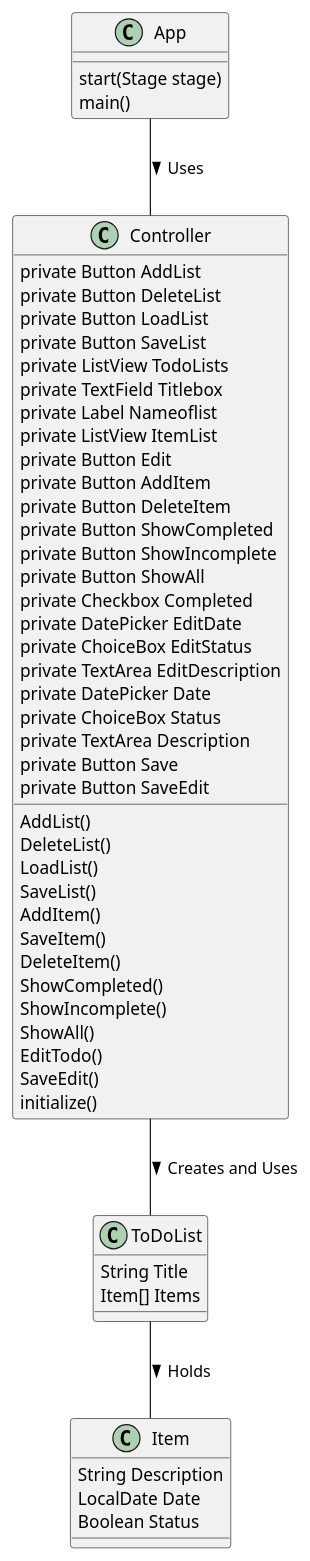
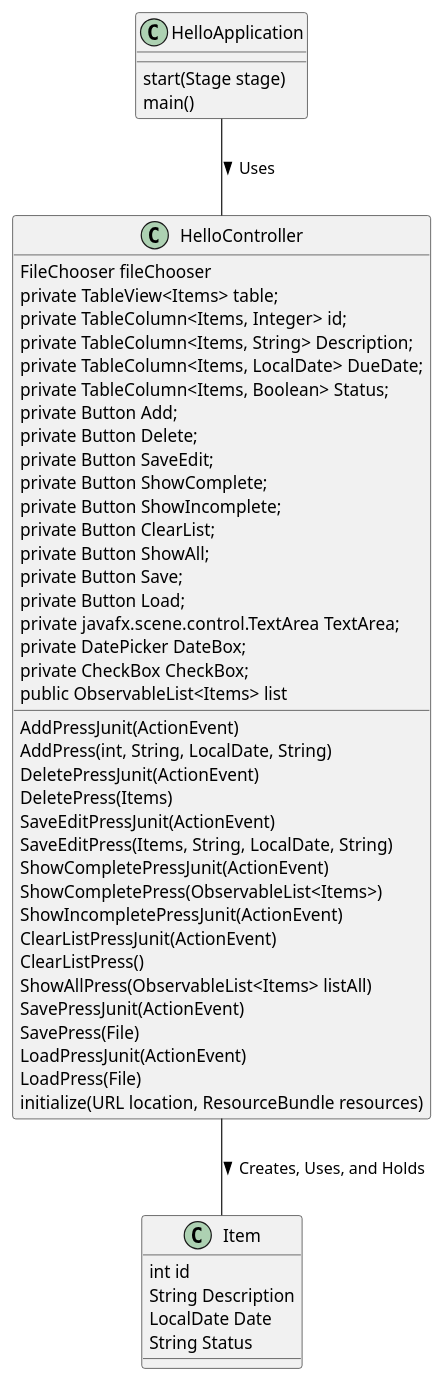
The diagram in src/main/java/com/example/stowellcop3330assignment4/UML Class Diagram.puml (Reese2as/Stowell-COP3330-Assignment4part2), drawn with PlantUML before and after one commit. The commit also changed 5 other files, not shown here.

```diff
--- a/src/main/java/com/example/stowellcop3330assignment4/UML Class Diagram.puml
+++ b/src/main/java/com/example/stowellcop3330assignment4/UML Class Diagram.puml
@@ -1,72 +1,65 @@
 @startuml
 /'
 UCF COP3330 Fall 2021 Assignment 4 Solution
 Copyright 2021 Reese Stowell
-
-Class HelloController will be renamed to Controller and
-Class HelloApp will be renamed to App in the UML I used what it WILL BE
 '/
-Class Controller
+Class HelloController
 {
-private Button AddList
-private Button DeleteList
-private Button LoadList
-private Button SaveList
-private ListView TodoLists
-private TextField Titlebox
-private Label Nameoflist
-private ListView ItemList
-private Button Edit
-private Button AddItem
-private Button DeleteItem
-private Button ShowCompleted
-private Button ShowIncomplete
-private Button ShowAll
-private Checkbox Completed
-private DatePicker EditDate
-private ChoiceBox EditStatus
-private TextArea EditDescription
-private DatePicker Date
-private ChoiceBox Status
-private TextArea Description
-private Button Save
-private Button SaveEdit
-AddList()
-DeleteList()
-LoadList()
-SaveList()
-AddItem()
-SaveItem()
-DeleteItem()
-ShowCompleted()
-ShowIncomplete()
-ShowAll()
-EditTodo()
-SaveEdit()
-initialize()
+FileChooser fileChooser
+private TableView<Items> table;
+private TableColumn<Items, Integer> id;
+private TableColumn<Items, String> Description;
+private TableColumn<Items, LocalDate> DueDate;
+private TableColumn<Items, Boolean> Status;
+private Button Add;
+private Button Delete;
+private Button SaveEdit;
+private Button ShowComplete;
+private Button ShowIncomplete;
+private Button ClearList;
+private Button ShowAll;
+private Button Save;
+private Button Load;
+private javafx.scene.control.TextArea TextArea;
+private DatePicker DateBox;
+private CheckBox CheckBox;
+public ObservableList<Items> list
+AddPressJunit(ActionEvent)
+AddPress(int, String, LocalDate, String)
+DeletePressJunit(ActionEvent)
+DeletePress(Items)
+SaveEditPressJunit(ActionEvent)
+SaveEditPress(Items, String, LocalDate, String)
+ShowCompletePressJunit(ActionEvent)
+ShowCompletePress(ObservableList<Items>)
+ShowIncompletePressJunit(ActionEvent)
+ClearListPressJunit(ActionEvent)
+ClearListPress()
+ShowAllPress(ObservableList<Items> listAll)
+SavePressJunit(ActionEvent)
+SavePress(File)
+LoadPressJunit(ActionEvent)
+LoadPress(File)
+initialize(URL location, ResourceBundle resources)
 }
 
-Class ToDoList
-{
-String Title
-Item[] Items
-}
 
 Class Item
 {
+int id
 String Description
 LocalDate Date
-Boolean Status
+String Status
 }
 
-Class App
+Class HelloApplication
 {
 start(Stage stage)
 main()
 }
 
-ToDoList -- Item: > Holds
-App -- Controller: > Uses
-Controller --  ToDoList: > Creates and Uses
+HelloController -- Item: > Creates, Uses, and Holds
+HelloApplication -- HelloController: > Uses
+
 
 @enduml
```
